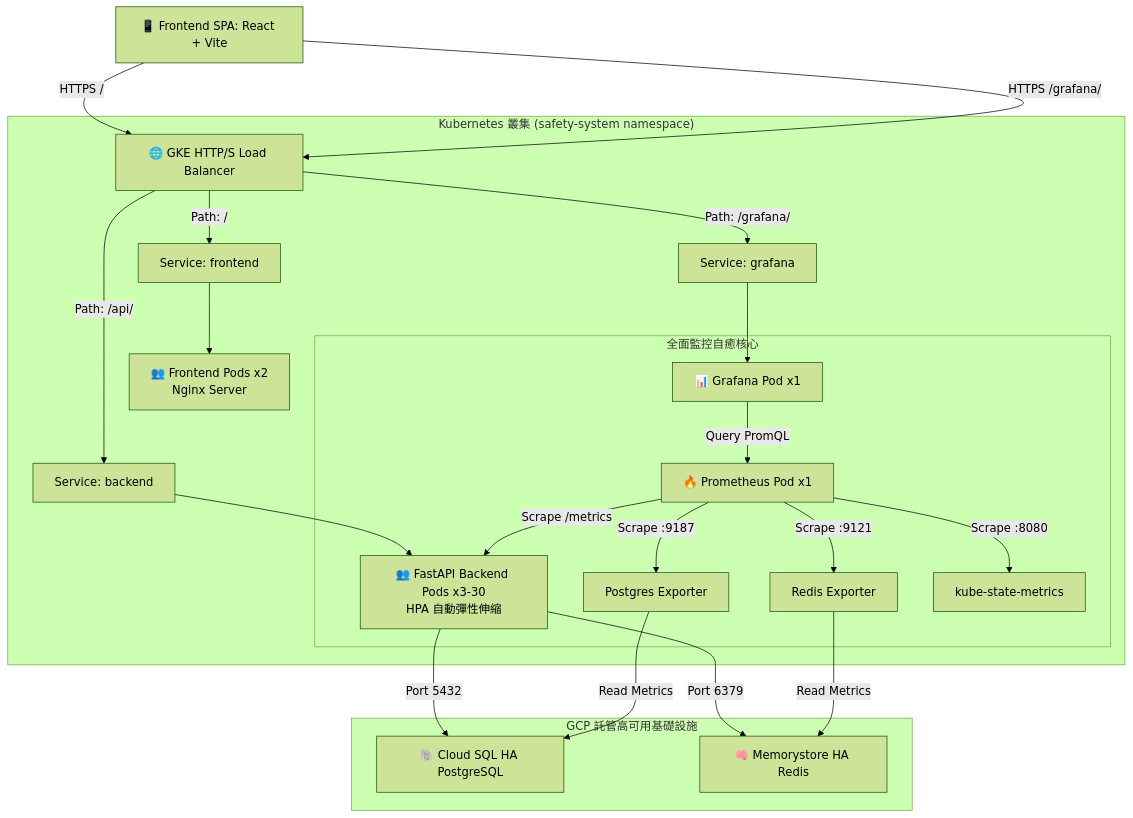
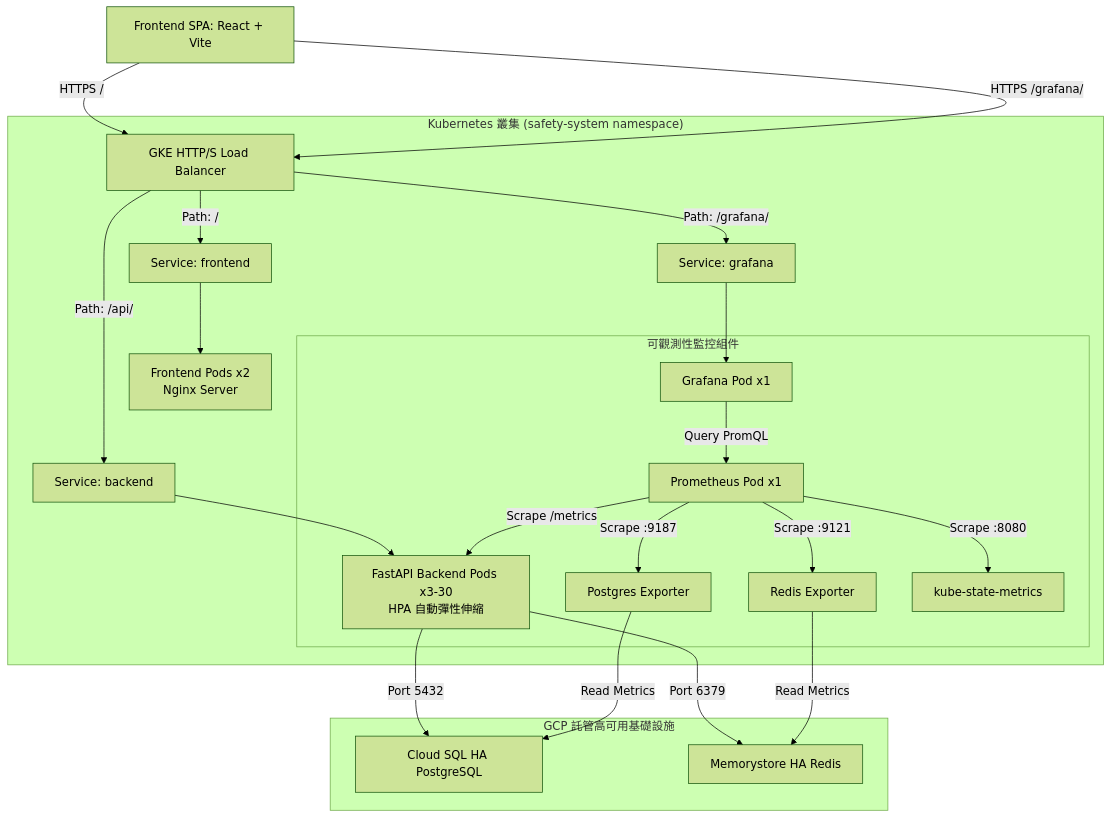
One commit to davidkong3804/Employee_Safety_Response_System changed the diagram in README.md. Above: the diagram before and after it, drawn with Mermaid (forest theme). The commit also changed other lines of this file, not shown here.

````diff
--- a/README.md
+++ b/README.md
@@ -43,30 +41,30 @@
 ```mermaid
 graph TD
-    Client[📱 Frontend SPA: React + Vite] -->|HTTPS /| Ingress[🌐 GKE HTTP/S Load Balancer]
+    Client[Frontend SPA: React + Vite] -->|HTTPS /| Ingress[GKE HTTP/S Load Balancer]
     Client -->|HTTPS /grafana/| Ingress
     
-    subgraph GKE Cluster ["Kubernetes 叢集 (safety-system namespace)"]
+    subgraph GKE_Cluster ["Kubernetes 叢集 (safety-system namespace)"]
         Ingress -->|Path: /| FE_Service[Service: frontend]
         Ingress -->|Path: /api/| BE_Service[Service: backend]
         Ingress -->|Path: /grafana/| Grafana_Service[Service: grafana]
         
-        FE_Service --> FE_Pods[👥 Frontend Pods x2<br>Nginx Server]
-        BE_Service --> BE_Pods[👥 FastAPI Backend Pods x3-30<br>HPA 自動彈性伸縮]
-        Grafana_Service --> Grafana_Pod[📊 Grafana Pod x1]
+        FE_Service --> FE_Pods[Frontend Pods x2<br>Nginx Server]
+        BE_Service --> BE_Pods[FastAPI Backend Pods x3-30<br>HPA 自動彈性伸縮]
+        Grafana_Service --> Grafana_Pod[Grafana Pod x1]
         
-        subgraph Observability Core ["全面監控自癒核心"]
-            Prometheus_Pod[🔥 Prometheus Pod x1] -->|Scrape /metrics| BE_Pods
+        subgraph Observability_Core ["可觀測性監控組件"]
+            Prometheus_Pod[Prometheus Pod x1] -->|Scrape /metrics| BE_Pods
             Prometheus_Pod -->|Scrape :9187| PG_Exporter[Postgres Exporter]
             Prometheus_Pod -->|Scrape :9121| Redis_Exporter[Redis Exporter]
             Prometheus_Pod -->|Scrape :8080| KSM[kube-state-metrics]
             Grafana_Pod -->|Query PromQL| Prometheus_Pod
         end
     end
     
-    subgraph GCP Managed Services ["GCP 託管高可用基礎設施"]
-        BE_Pods -->|Port 5432| CloudSQL[🐘 Cloud SQL HA PostgreSQL]
-        BE_Pods -->|Port 6379| Memorystore[🧠 Memorystore HA Redis]
+    subgraph GCP_Managed ["GCP 託管高可用基礎設施"]
+        BE_Pods -->|Port 5432| CloudSQL[Cloud SQL HA PostgreSQL]
+        BE_Pods -->|Port 6379| Memorystore[Memorystore HA Redis]
         PG_Exporter -->|Read Metrics| CloudSQL
         Redis_Exporter -->|Read Metrics| Memorystore
     end
 ```
````
